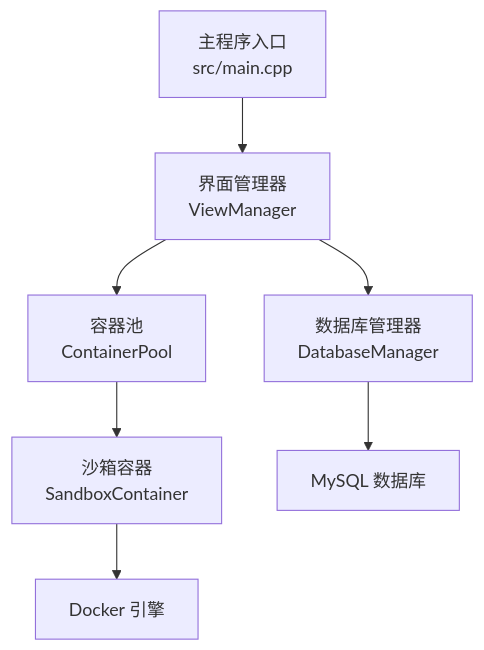
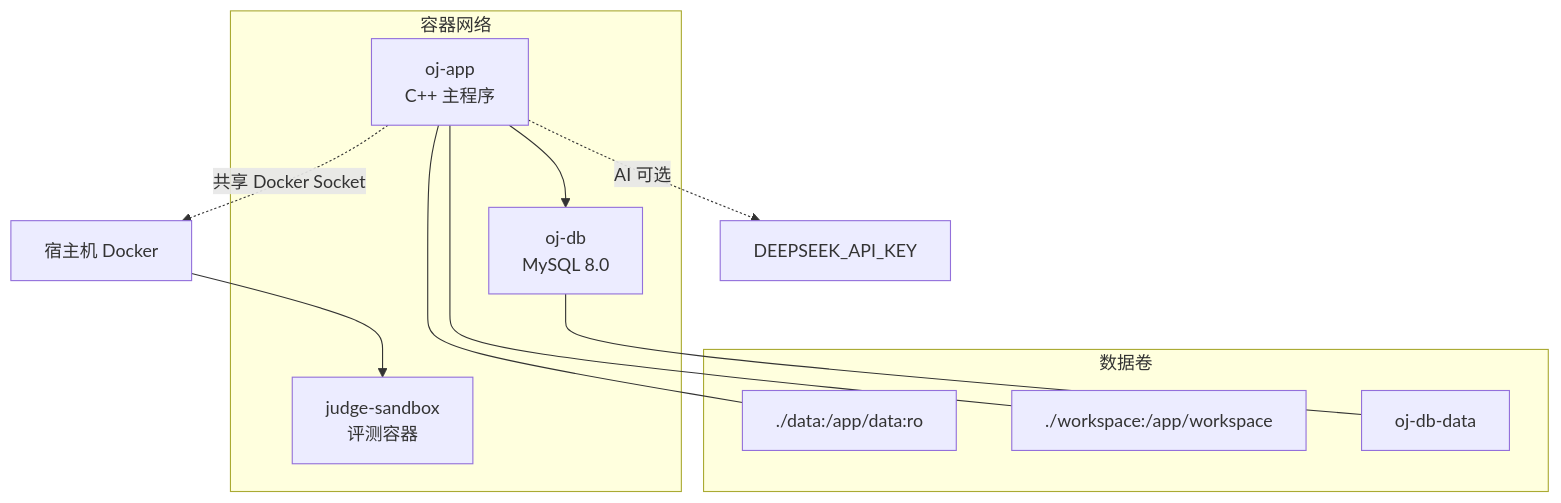
One commit to jinpeng900/OJ-Test changed the second of 7 diagrams in .qoder/repowiki/zh/content/快速开始.md. Above: the diagram before and after it, drawn with Mermaid. The commit also changed other lines of this file and 42 other files, not shown here.

````diff
--- a/.qoder/repowiki/zh/content/快速开始.md
+++ b/.qoder/repowiki/zh/content/快速开始.md
@@ -91,9 +91,20 @@
 ```mermaid
 graph TB
-UI["主程序入口<br/>src/main.cpp"] --> VM["界面管理器<br/>ViewManager"]
-VM --> DB["数据库管理器<br/>DatabaseManager"]
-VM --> JP["容器池<br/>ContainerPool"]
-JP --> SC["沙箱容器<br/>SandboxContainer"]
-SC --> DK["Docker 引擎"]
-DB --> MY["MySQL 数据库"]
+subgraph "容器网络"
+DB["oj-db<br/>MySQL 8.0"]
+APP["oj-app<br/>C++ 主程序"]
+Sandbox["judge-sandbox<br/>评测容器"]
+end
+APP --> DB
+APP -. "共享 Docker Socket" .-> HostDocker["宿主机 Docker"]
+HostDocker --> Sandbox
+APP -. "AI 可选" .-> AIEnv["DEEPSEEK_API_KEY"]
+subgraph "数据卷"
+DataVol["./data:/app/data:ro"]
+WorkVol["./workspace:/app/workspace"]
+DBVol["oj-db-data"]
+end
+APP --- DataVol
+APP --- WorkVol
+DB --- DBVol
 ```
````
